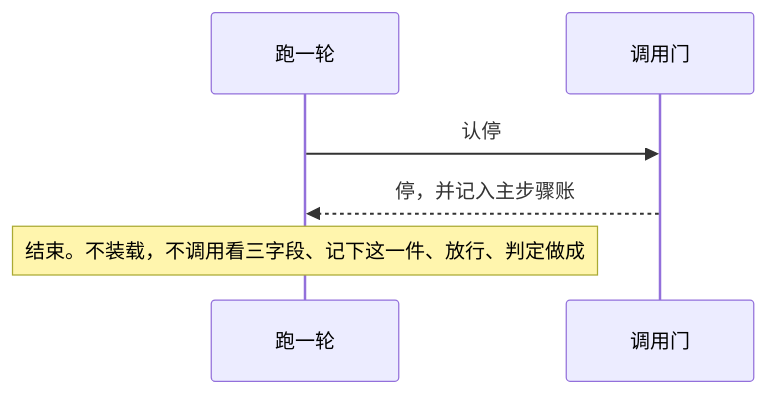
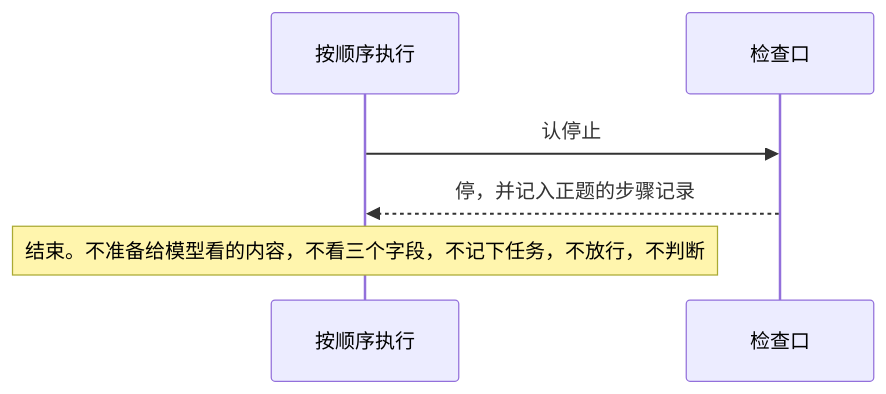
One commit to zxpmail/tepeu changed the first of 5 diagrams in docs/specs/一轮闭环.md. Above: the diagram before and after it, drawn with Mermaid. The commit also changed other lines of this file and 18 other files, not shown here.

````diff
--- a/docs/specs/一轮闭环.md
+++ b/docs/specs/一轮闭环.md
@@ -80,8 +81,8 @@
 ```mermaid
 sequenceDiagram
-  participant 跑一轮
-  participant 调用门
-  跑一轮->>调用门: 认停
-  调用门-->>跑一轮: 停，并记入主步骤账
-  Note over 跑一轮: 结束。不装载，不调用看三字段、记下这一件、放行、判定做成
+  participant 按顺序执行
+  participant 检查口
+  按顺序执行->>检查口: 认停止
+  检查口-->>按顺序执行: 停，并记入正题的步骤记录
+  Note over 按顺序执行: 结束。不准备给模型看的内容，不看三个字段，不记下任务，不放行，不判断
 ```
````
